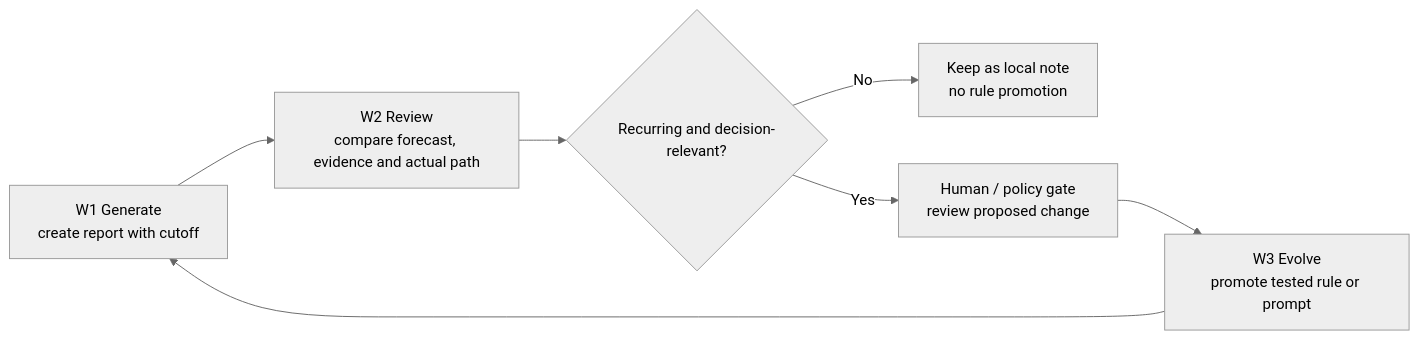
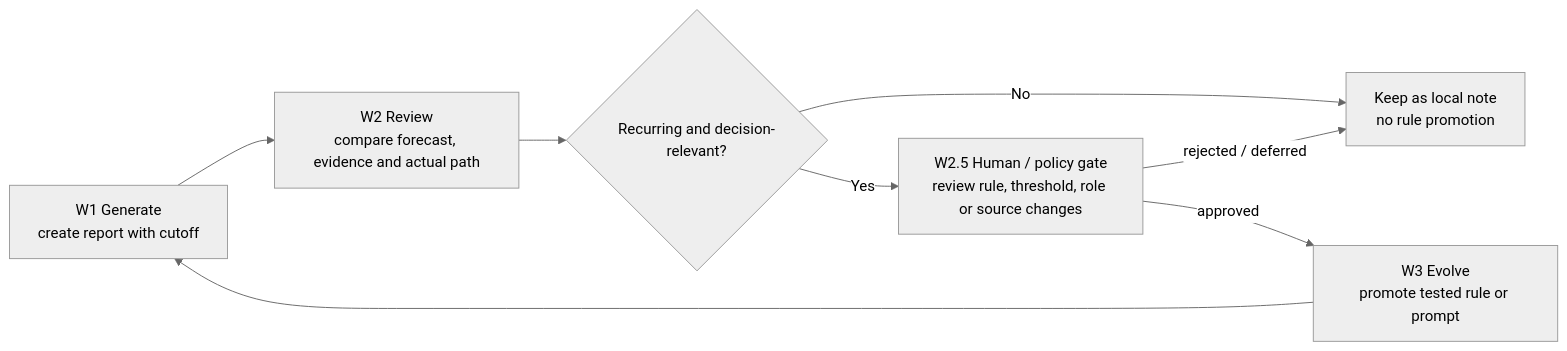
The diagram in docs/evolution-loop.md (marqosjiang-gif/A-Share-Antifragile-Trading-Loop), drawn with Mermaid (neutral theme) before and after one commit. The commit also changed other lines of this file and 2 other files, not shown here.

````diff
--- a/docs/evolution-loop.md
+++ b/docs/evolution-loop.md
@@ -7,9 +7,10 @@
 ```mermaid
 flowchart LR
     W1["W1 Generate\ncreate report with cutoff"] --> W2["W2 Review\ncompare forecast, evidence and actual path"]
     W2 --> T{"Recurring and decision-relevant?"}
     T -- "No" --> K["Keep as local note\nno rule promotion"]
-    T -- "Yes" --> H["Human / policy gate\nreview proposed change"]
-    H --> W3["W3 Evolve\npromote tested rule or prompt"]
+    T -- "Yes" --> H["W2.5 Human / policy gate\nreview rule, threshold, role or source changes"]
+    H -- "approved" --> W3["W3 Evolve\npromote tested rule or prompt"]
+    H -- "rejected / deferred" --> K
     W3 --> W1
 ```
````
